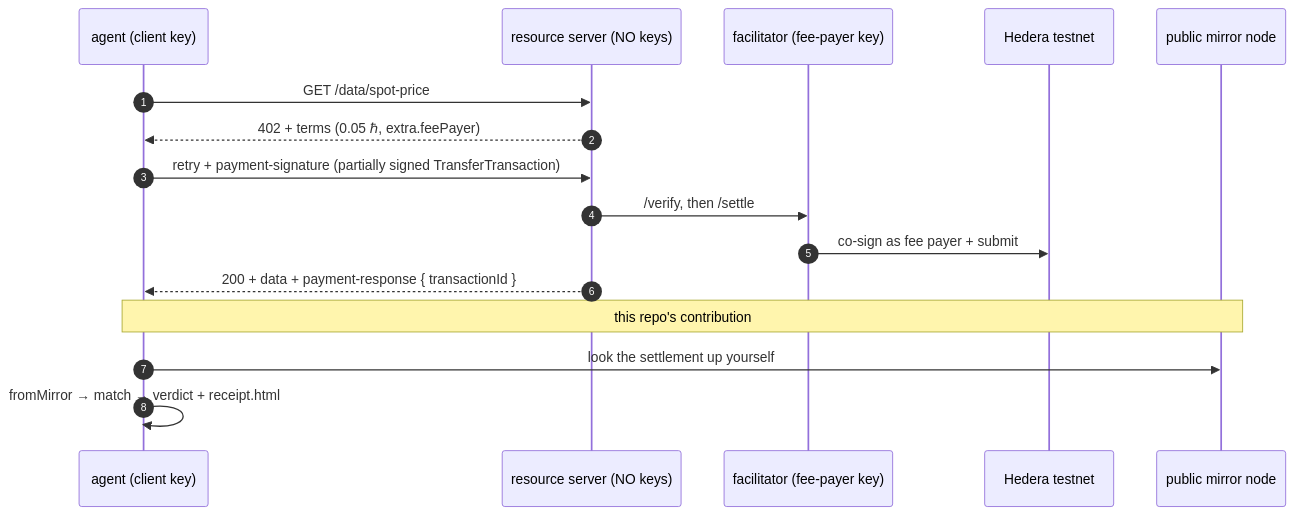
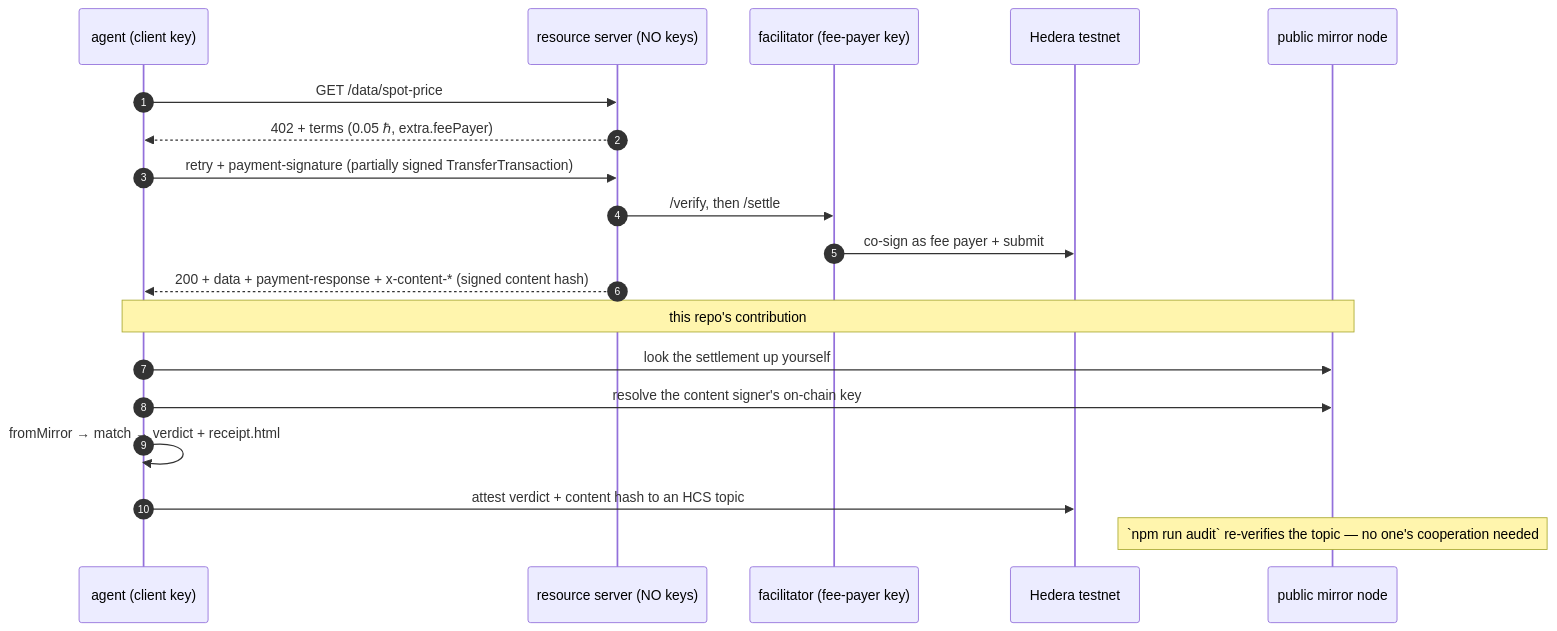
The diagram in README.md (hiero-hackers/hiero-x402), drawn with Mermaid before and after one commit. The commit also changed other lines of this file and 11 other files, not shown here.

````diff
--- a/README.md
+++ b/README.md
@@ -21,19 +28,22 @@
 ```mermaid
 sequenceDiagram
     autonumber
     participant A as agent (client key)
     participant S as resource server (NO keys)
     participant F as facilitator (fee-payer key)
     participant H as Hedera testnet
     participant M as public mirror node
 
     A->>S: GET /data/spot-price
     S-->>A: 402 + terms (0.05 ℏ, extra.feePayer)
     A->>S: retry + payment-signature (partially signed TransferTransaction)
     S->>F: /verify, then /settle
     F->>H: co-sign as fee payer + submit
-    S-->>A: 200 + data + payment-response { transactionId }
+    S-->>A: 200 + data + payment-response + x-content-* (signed content hash)
     Note over A,M: this repo's contribution
     A->>M: look the settlement up yourself
+    A->>M: resolve the content signer's on-chain key
     A->>A: fromMirror → match → verdict + receipt.html
+    A->>H: attest verdict + content hash to an HCS topic
+    Note over M: `npm run audit` re-verifies the topic — no one's cooperation needed
 ```
````
